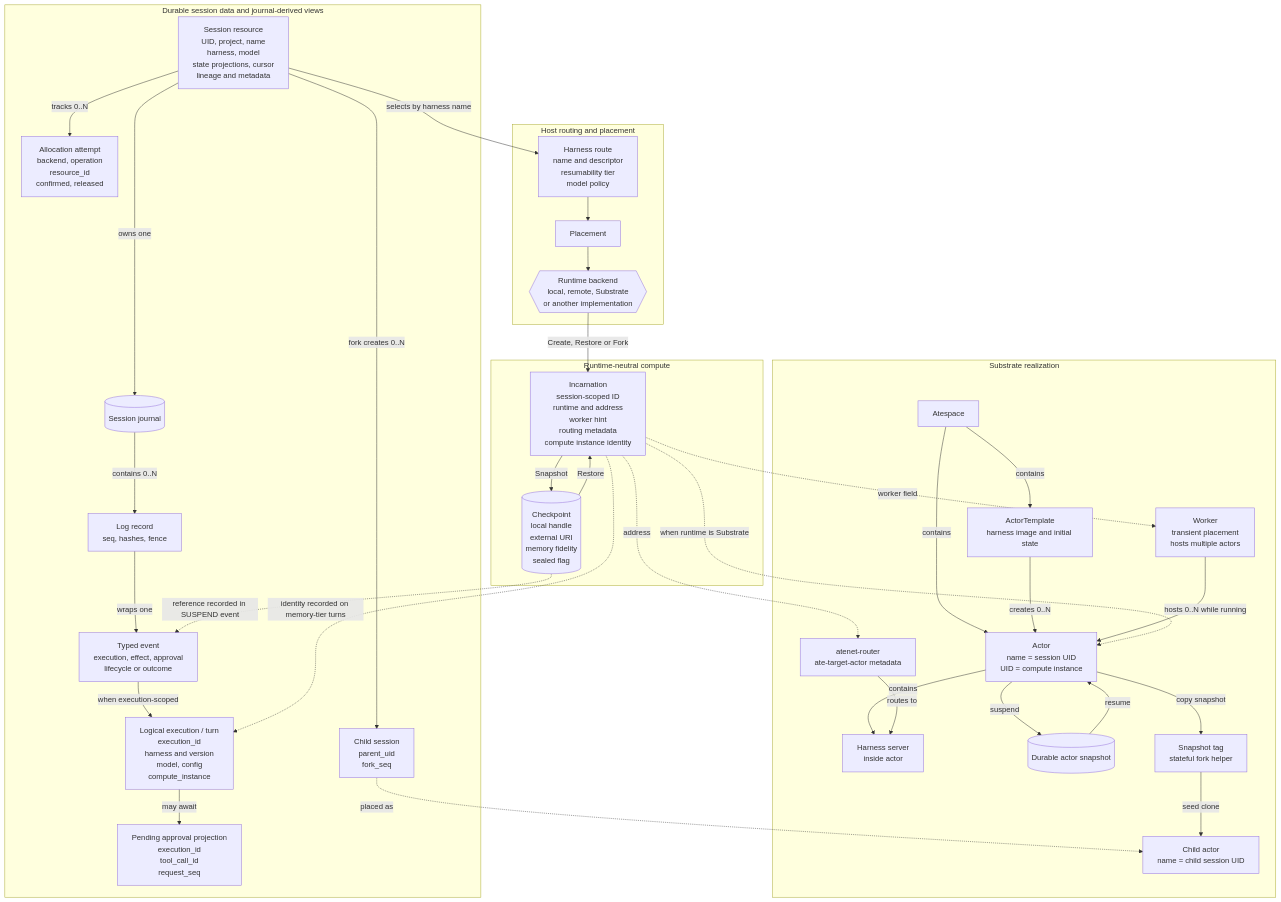
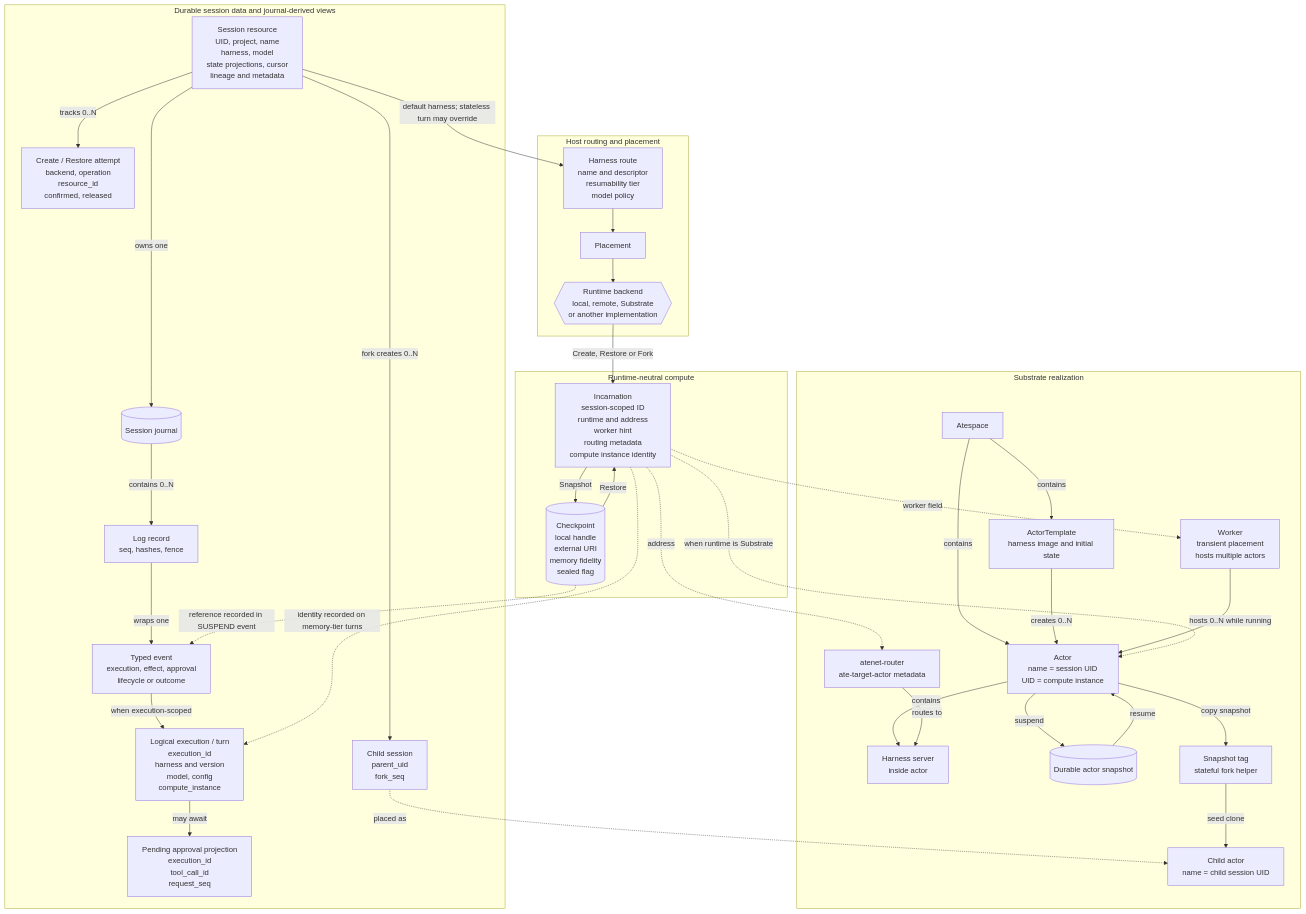
One commit to agent-primitives/sessions changed the first of 3 diagrams in docs/session-data-model.md. Above: the diagram before and after it, drawn with Mermaid. The commit also changed other lines of this file, not shown here.

Commit message:
docs: address session model review

````diff
--- a/docs/session-data-model.md
+++ b/docs/session-data-model.md
@@ -46,79 +46,79 @@
 ```mermaid
 flowchart TB
   accTitle: Agent session data model
   accDescr {
-    A durable session owns a journal whose execution-scoped records are grouped into turns; lifecycle
-    records may instead be session-scoped. The session may also have approval, allocation, and
-    fork-child state. Its harness route selects a runtime backend, which returns an incarnation and
-    may create a checkpoint. On Substrate, the incarnation maps to an actor named after the session.
-    A running actor is assigned to a worker and is reached through the router.
+    A durable session owns a journal whose execution-scoped records are grouped into turns;
+    lifecycle records may instead be session-scoped. The session may also have approval,
+    allocation, and fork-child state. Its harness route selects a runtime backend, which returns
+    an incarnation and may create a checkpoint. On Substrate, the incarnation maps to an actor
+    named after the session. A running actor is assigned to a worker and reached through the router.
   }
 
   subgraph durable[Durable session data and journal-derived views]
     session[Session resource<br/>UID, project, name<br/>harness, model<br/>state projections, cursor<br/>lineage and metadata]
     journal[(Session journal)]
     record[Log record<br/>seq, hashes, fence]
     event[Typed event<br/>execution, effect, approval<br/>lifecycle or outcome]
     execution[Logical execution / turn<br/>execution_id<br/>harness and version<br/>model, config<br/>compute_instance]
     approval[Pending approval projection<br/>execution_id<br/>tool_call_id<br/>request_seq]
-    allocation[Allocation attempt<br/>backend, operation<br/>resource_id<br/>confirmed, released]
+    allocation[Create / Restore attempt<br/>backend, operation<br/>resource_id<br/>confirmed, released]
     child[Child session<br/>parent_uid<br/>fork_seq]
 
     session -->|owns one| journal
     journal -->|contains 0..N| record
     record -->|wraps one| event
     event -->|when execution-scoped| execution
     execution -->|may await| approval
     session -->|tracks 0..N| allocation
     session -->|fork creates 0..N| child
   end
 
   subgraph host[Host routing and placement]
     route[Harness route<br/>name and descriptor<br/>resumability tier<br/>model policy]
     placer[Placement]
     runtime{{Runtime backend<br/>local, remote, Substrate<br/>or another implementation}}
   end
 
-  session -->|selects by harness name| route
+  session -->|default harness; stateless turn may override| route
   route --> placer
   placer --> runtime
 
   subgraph neutral[Runtime-neutral compute]
     incarnation[Incarnation<br/>session-scoped ID<br/>runtime and address<br/>worker hint<br/>routing metadata<br/>compute instance identity]
     checkpoint[(Checkpoint<br/>local handle<br/>external URI<br/>memory fidelity<br/>sealed flag)]
   end
 
   runtime -->|Create, Restore or Fork| incarnation
   incarnation -->|Snapshot| checkpoint
   checkpoint -->|Restore| incarnation
   incarnation -.->|identity recorded on memory-tier turns| execution
   checkpoint -.->|reference recorded in SUSPEND event| event
 
   subgraph substrate[Substrate realization]
     atespace[Atespace]
     template[ActorTemplate<br/>harness image and initial state]
     actor[Actor<br/>name = session UID<br/>UID = compute instance]
     worker[Worker<br/>transient placement<br/>hosts multiple actors]
     harness[Harness server<br/>inside actor]
     router[atenet-router<br/>ate-target-actor metadata]
     snapshot[(Durable actor snapshot)]
     tag[Snapshot tag<br/>stateful fork helper]
     childActor[Child actor<br/>name = child session UID]
 
     atespace -->|contains| template
     atespace -->|contains| actor
     template -->|creates 0..N| actor
     worker -->|hosts 0..N while running| actor
     actor -->|contains| harness
     router -->|routes to| harness
     actor -->|suspend| snapshot
     snapshot -->|resume| actor
     actor -->|copy snapshot| tag
     tag -->|seed clone| childActor
   end
 
   incarnation -.->|when runtime is Substrate| actor
   incarnation -.->|address| router
   incarnation -.->|worker field| worker
   child -.->|placed as| childActor
 ```
````
